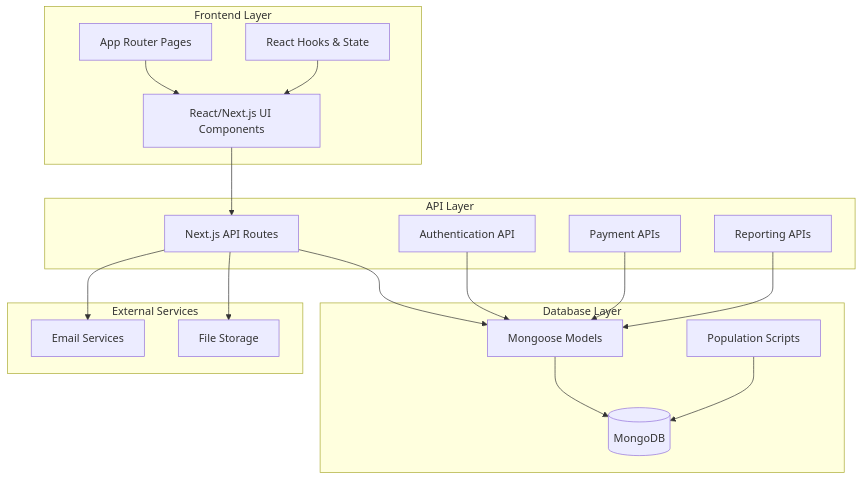
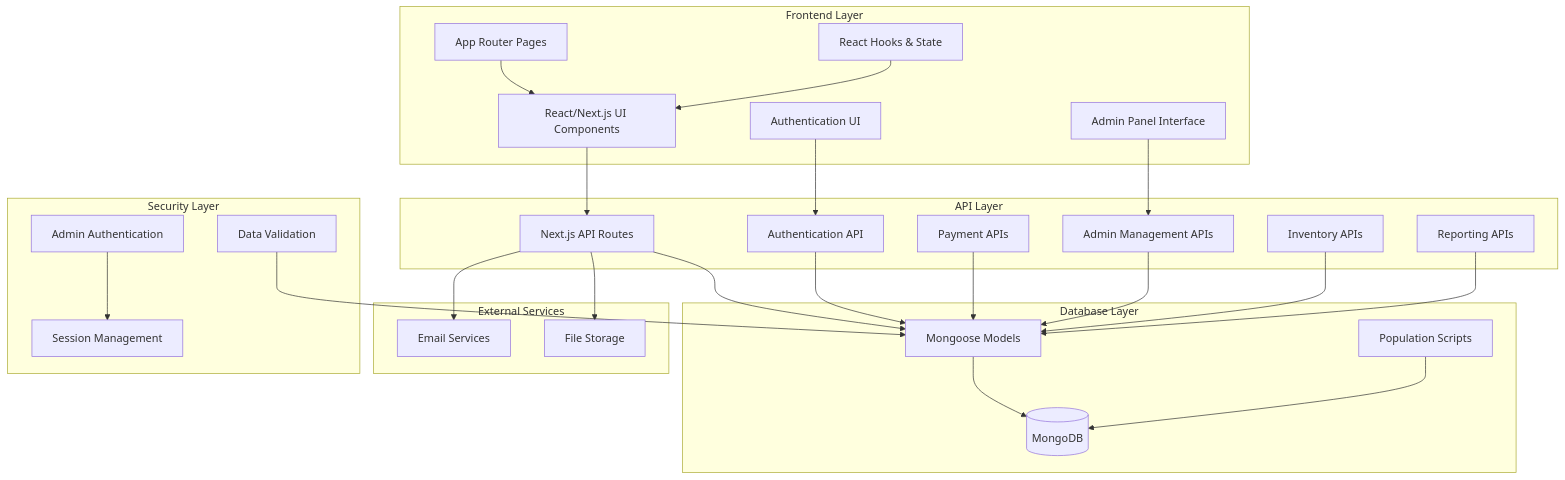
Before and after one commit to ehmjhay11/hackathon: the first of 7 diagrams in trackify/ARCHITECTURE.md, drawn with Mermaid. The commit also changed other lines of this file, not shown here.

Commit message:
updated-architecture

````diff
--- a/trackify/ARCHITECTURE.md
+++ b/trackify/ARCHITECTURE.md
@@ -10,38 +10,54 @@
 ```mermaid
 graph TB
     subgraph "Frontend Layer"
         UI[React/Next.js UI Components]
         PAGES[App Router Pages]
         HOOKS[React Hooks & State]
+        ADMIN[Admin Panel Interface]
+        AUTH_UI[Authentication UI]
     end
     
     subgraph "API Layer"
         API[Next.js API Routes]
         AUTH[Authentication API]
         PAYMENTS[Payment APIs]
+        ADMIN_API[Admin Management APIs]
+        INVENTORY[Inventory APIs]
         REPORTS[Reporting APIs]
     end
     
     subgraph "Database Layer"
         MONGO[(MongoDB)]
         MODELS[Mongoose Models]
         SCRIPTS[Population Scripts]
     end
     
     subgraph "External Services"
         EMAIL[Email Services]
         STORAGE[File Storage]
     end
     
+    subgraph "Security Layer"
+        ADMIN_AUTH[Admin Authentication]
+        SESSION[Session Management]
+        VALIDATION[Data Validation]
+    end
+    
     UI --> API
     PAGES --> UI
     HOOKS --> UI
+    ADMIN --> ADMIN_API
+    AUTH_UI --> AUTH
     API --> MODELS
     AUTH --> MODELS
     PAYMENTS --> MODELS
+    ADMIN_API --> MODELS
+    INVENTORY --> MODELS
     REPORTS --> MODELS
     MODELS --> MONGO
     SCRIPTS --> MONGO
     API --> EMAIL
     API --> STORAGE
+    ADMIN_AUTH --> SESSION
+    VALIDATION --> MODELS
 ```
````
